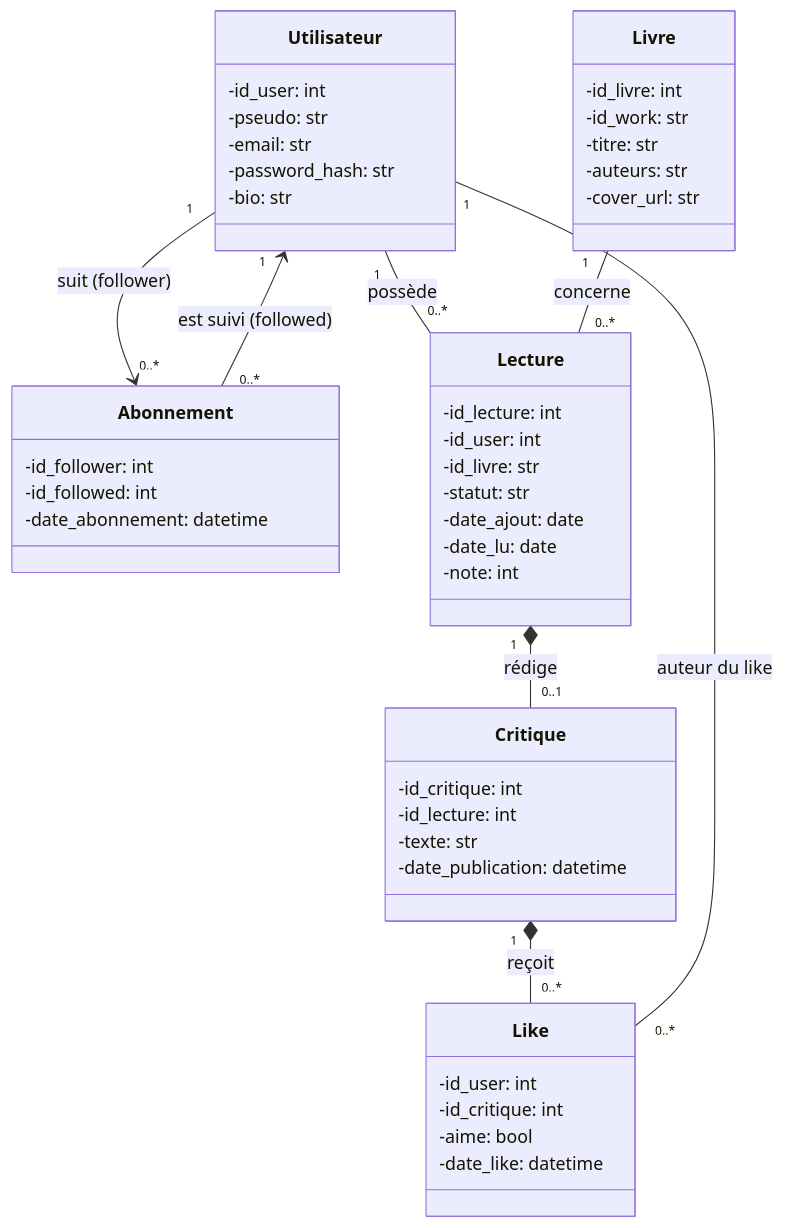
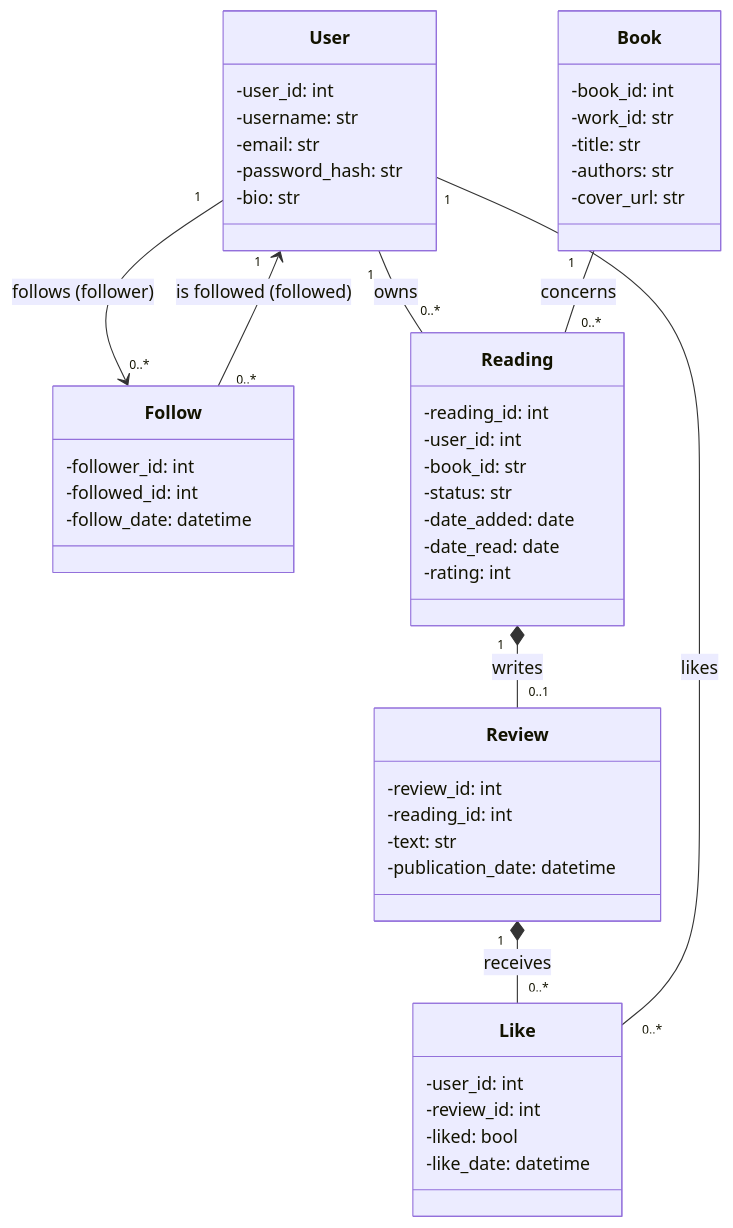
Before and after one commit to cecilelocatelli21/projet-info_2A-groupe32: the first of 2 diagrams in doc/report/Diagramme_de_classe.md, drawn with Mermaid.

Commit message:
en anglais

````diff
--- a/doc/report/Diagramme_de_classe.md
+++ b/doc/report/Diagramme_de_classe.md
@@ -6,58 +6,58 @@
 ```mermaid
 
 classDiagram
-    class Utilisateur {
-        -id_user: int
-        -pseudo: str
+    class User {
+        -user_id: int
+        -username: str
         -email: str
         -password_hash: str
         -bio: str
     }
 
-    class Livre {
-        -id_livre: int
-        -id_work: str
-        -titre: str
-        -auteurs: str
+    class Book {
+        -book_id: int
+        -work_id: str
+        -title: str
+        -authors: str
         -cover_url: str
     }
 
-    class Abonnement {
-        -id_follower: int
-        -id_followed: int
-        -date_abonnement: datetime
+    class Follow {
+        -follower_id: int
+        -followed_id: int
+        -follow_date: datetime
     }
 
-    class Lecture {
-        -id_lecture: int
-        -id_user: int
-        -id_livre: str
-        -statut: str
-        -date_ajout: date
-        -date_lu: date
-        -note: int
+    class Reading {
+        -reading_id: int
+        -user_id: int
+        -book_id: str
+        -status: str
+        -date_added: date
+        -date_read: date
+        -rating: int
     }
 
-    class Critique {
-        -id_critique: int
-        -id_lecture: int
-        -texte: str
-        -date_publication: datetime
+    class Review {
+        -review_id: int
+        -reading_id: int
+        -text: str
+        -publication_date: datetime
     }
 
     class Like {
-        -id_user: int
-        -id_critique: int
-        -aime: bool
-        -date_like: datetime
+        -user_id: int
+        -review_id: int
+        -liked: bool
+        -like_date: datetime
     }
 
-    Utilisateur "1" --> "0..*" Abonnement : suit (follower)
-    Utilisateur "1" <-- "0..*" Abonnement : est suivi (followed)
-    Utilisateur "1" -- "0..*" Lecture : possède
-    Livre "1" -- "0..*" Lecture : concerne
-    Lecture "1" *-- "0..1" Critique : rédige
-    Critique "1" *-- "0..*" Like : reçoit
-    Utilisateur "1" -- "0..*" Like : auteur du like
+    User "1" --> "0..*" Follow : follows (follower)
+    User "1" <-- "0..*" Follow : is followed (followed)
+    User "1" -- "0..*" Reading : owns
+    Book "1" -- "0..*" Reading : concerns
+    Reading "1" *-- "0..1" Review : writes
+    Review "1" *-- "0..*" Like : receives
+    User "1" -- "0..*" Like : likes
 
 ```
````
